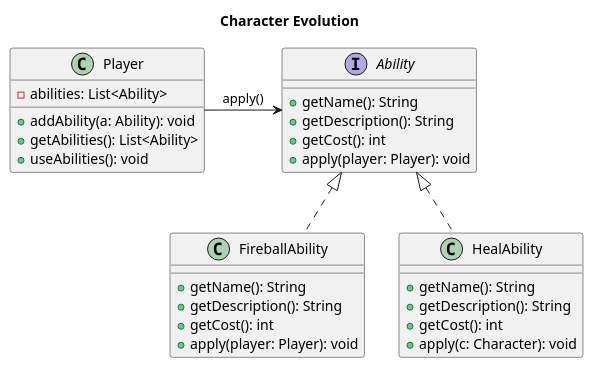
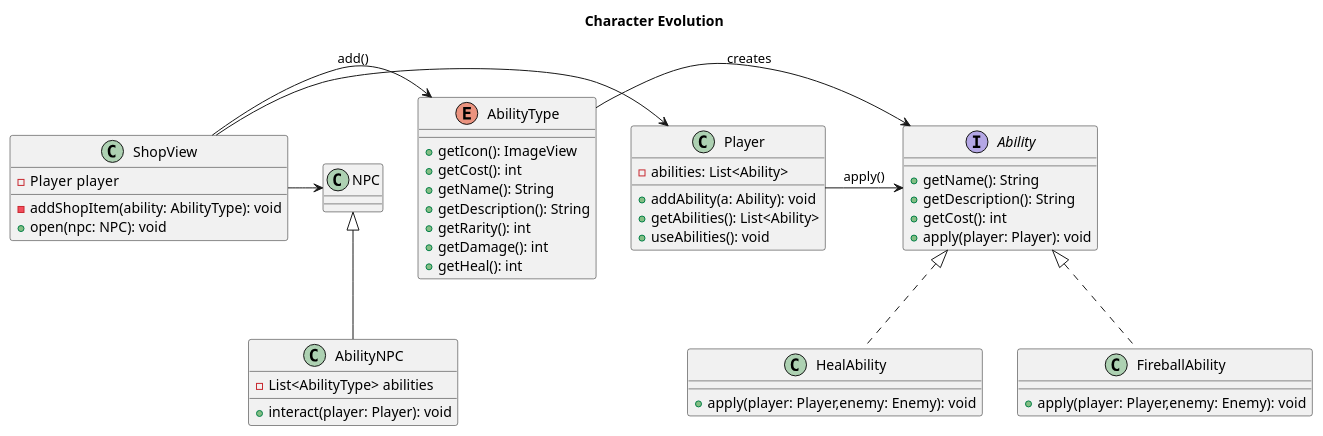
Before and after one commit to samMM-cs/iss-team2: the diagram in user_stories_pml/Character_evolution.puml, drawn with PlantUML. The commit also changed 14 other files, not shown here.

```diff
--- a/user_stories_pml/Character_evolution.puml
+++ b/user_stories_pml/Character_evolution.puml
@@ -1,33 +1,51 @@
 @startuml US18
 title Character Evolution
 'Il Strategy Pattern è utilizzato per modellare le abilità come comportamenti intercambiabili, permettendo al Player di variare dinamicamente il proprio comportamento senza modificare la sua struttura.'
 
+'Interfaccia Strategy'
 interface Ability{
     +getName(): String
     +getDescription(): String
     +getCost(): int
     +apply(player: Player): void
 }
-
+enum AbilityType{
+    +getIcon(): ImageView
+    +getCost(): int
+    +getName(): String
+    +getDescription(): String
+    +getRarity(): int
+    +getDamage(): int
+    +getHeal(): int
+}
 class Player{
     - abilities: List<Ability>
     +addAbility(a: Ability): void
     +getAbilities(): List<Ability>
     +useAbilities(): void
 }
+class AbilityNPC extends NPC{
+    -List<AbilityType> abilities
+    +interact(player: Player): void
+}
+'Concrete Strategy'
 class FireballAbility implements Ability{
-    +getName(): String
-    +getDescription(): String
-    +getCost(): int
-    +apply(player: Player): void
+    +apply(player: Player,enemy: Enemy): void
 }
 
 class HealAbility implements Ability{
-    +getName(): String
-    +getDescription(): String
-    +getCost(): int
-    +apply(c: Character): void
+    +apply(player: Player,enemy: Enemy): void
 }
 
+class ShopView{
+    - Player  player
+    - addShopItem(ability: AbilityType): void
+    + open(npc: NPC): void
+}
 Player->Ability: apply()
+AbilityType->Ability: creates
+
+ShopView->Player
+ShopView->NPC
+ShopView->AbilityType: add()
 @enduml
```
